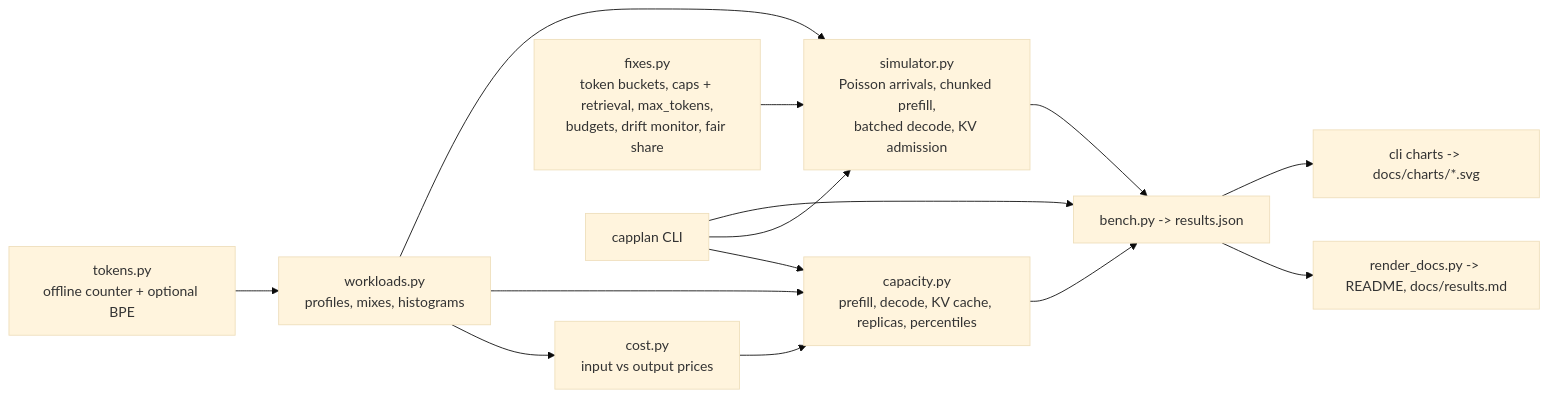
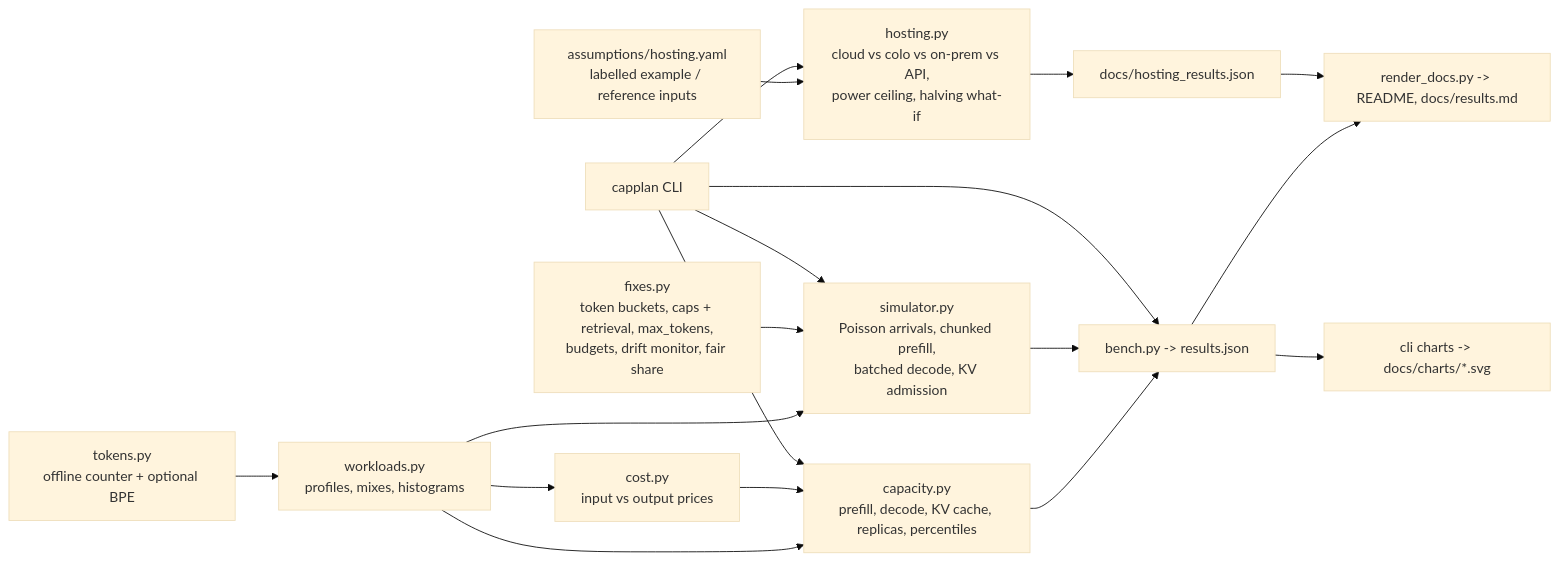
Before and after one commit to jagadishmazure-jpg/Jagadish-llm-capacity-planning: the diagram in README.md, drawn with Mermaid (base theme). The commit also changed other lines of this file and 18 other files, not shown here.

Commit message:
Add power-constrained hosting economics: labelled YAML assumptions, cloud vs colocation vs on-prem vs API calculator, decision flowchart, docs, ADR 0004 and 61 tests

````diff
--- a/README.md
+++ b/README.md
@@ -98,14 +127,17 @@
 ```mermaid
 flowchart LR
   T[tokens.py<br/>offline counter + optional BPE] --> W[workloads.py<br/>profiles, mixes, histograms]
   W --> C[cost.py<br/>input vs output prices]
   W --> P[capacity.py<br/>prefill, decode, KV cache, replicas, percentiles]
   C --> P
   W --> S[simulator.py<br/>Poisson arrivals, chunked prefill,<br/>batched decode, KV admission]
   F[fixes.py<br/>token buckets, caps + retrieval, max_tokens,<br/>budgets, drift monitor, fair share] --> S
   P --> B[bench.py -> results.json]
   S --> B
   B --> D[render_docs.py -> README, docs/results.md]
   B --> G[cli charts -> docs/charts/*.svg]
   CLI[capplan CLI] --> P & S & B
+  Y[assumptions/hosting.yaml<br/>labelled example / reference inputs] --> HO[hosting.py<br/>cloud vs colo vs on-prem vs API,<br/>power ceiling, halving what-if]
+  HO --> HR[docs/hosting_results.json] --> D
+  CLI --> HO
 ```
````
